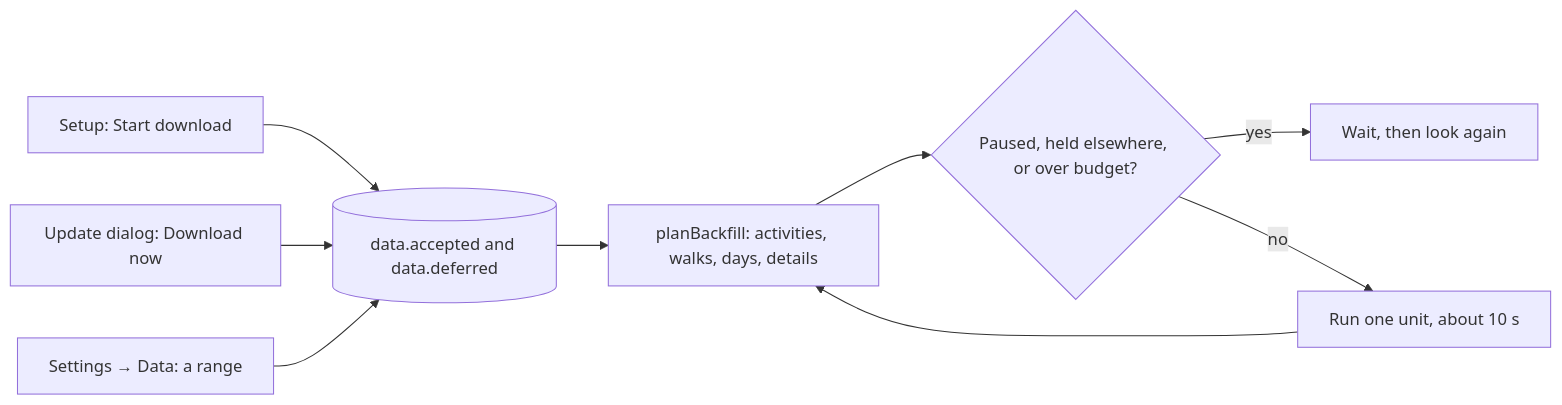
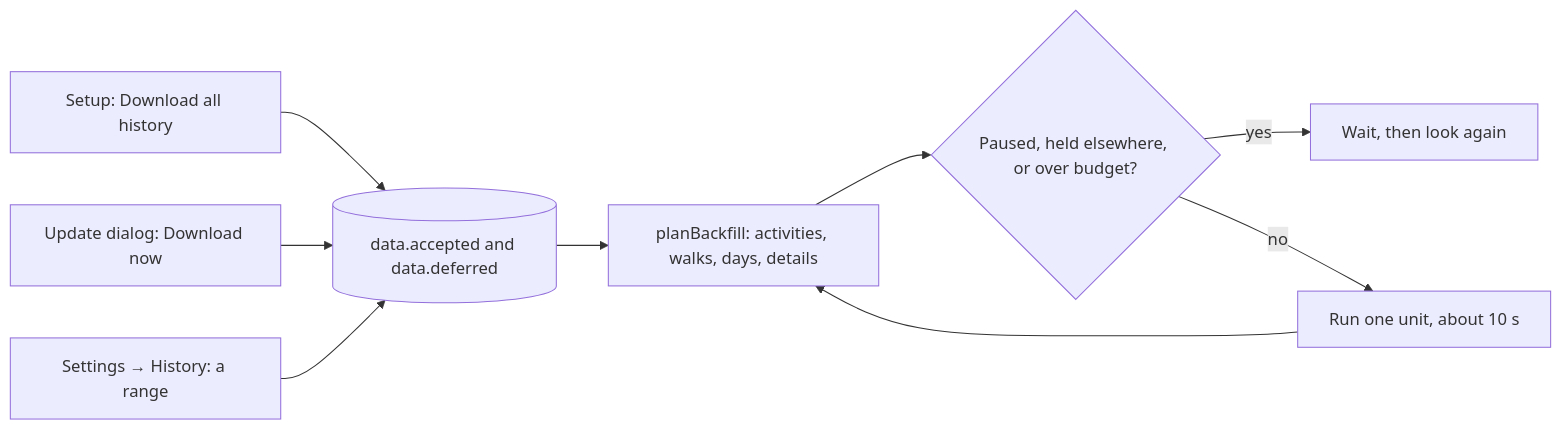
Before and after one commit to tareqayz/Obsidian-Garmin-Connect: the fourth of 4 diagrams in docs/architecture.md, drawn with Mermaid. The commit also changed other lines of this file and 11 other files, not shown here.

First line of the commit message:
docs: simpler setup and settings

````diff
--- a/docs/architecture.md
+++ b/docs/architecture.md
@@ -271,11 +271,11 @@
 ```mermaid
 flowchart LR
-  setup["Setup: Start download"] --> ledger[("data.accepted and data.deferred")]
+  setup["Setup: Download all history"] --> ledger[("data.accepted and data.deferred")]
   dialog["Update dialog: Download now"] --> ledger
-  choice["Settings → Data: a range"] --> ledger
+  choice["Settings → History: a range"] --> ledger
   ledger --> plan["planBackfill: activities, walks, days, details"]
   plan --> checks{"Paused, held elsewhere, or over budget?"}
   checks -->|yes| wait["Wait, then look again"]
   checks -->|no| unit["Run one unit, about 10 s"]
   unit --> plan
 ```
````
